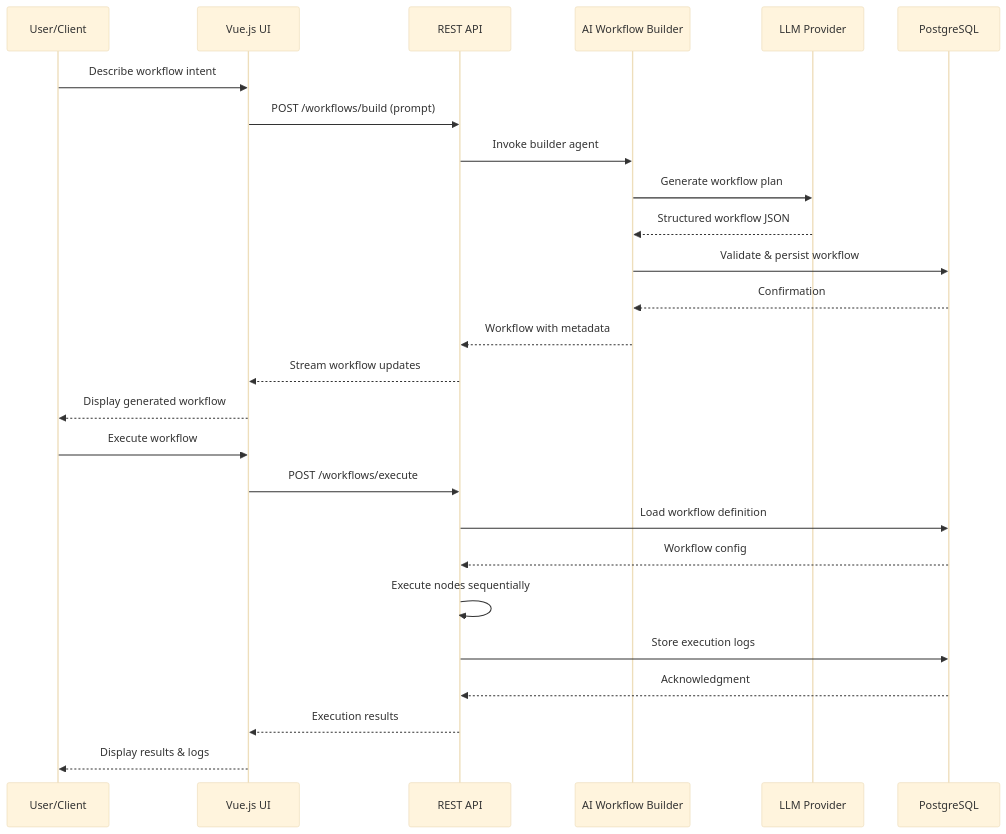
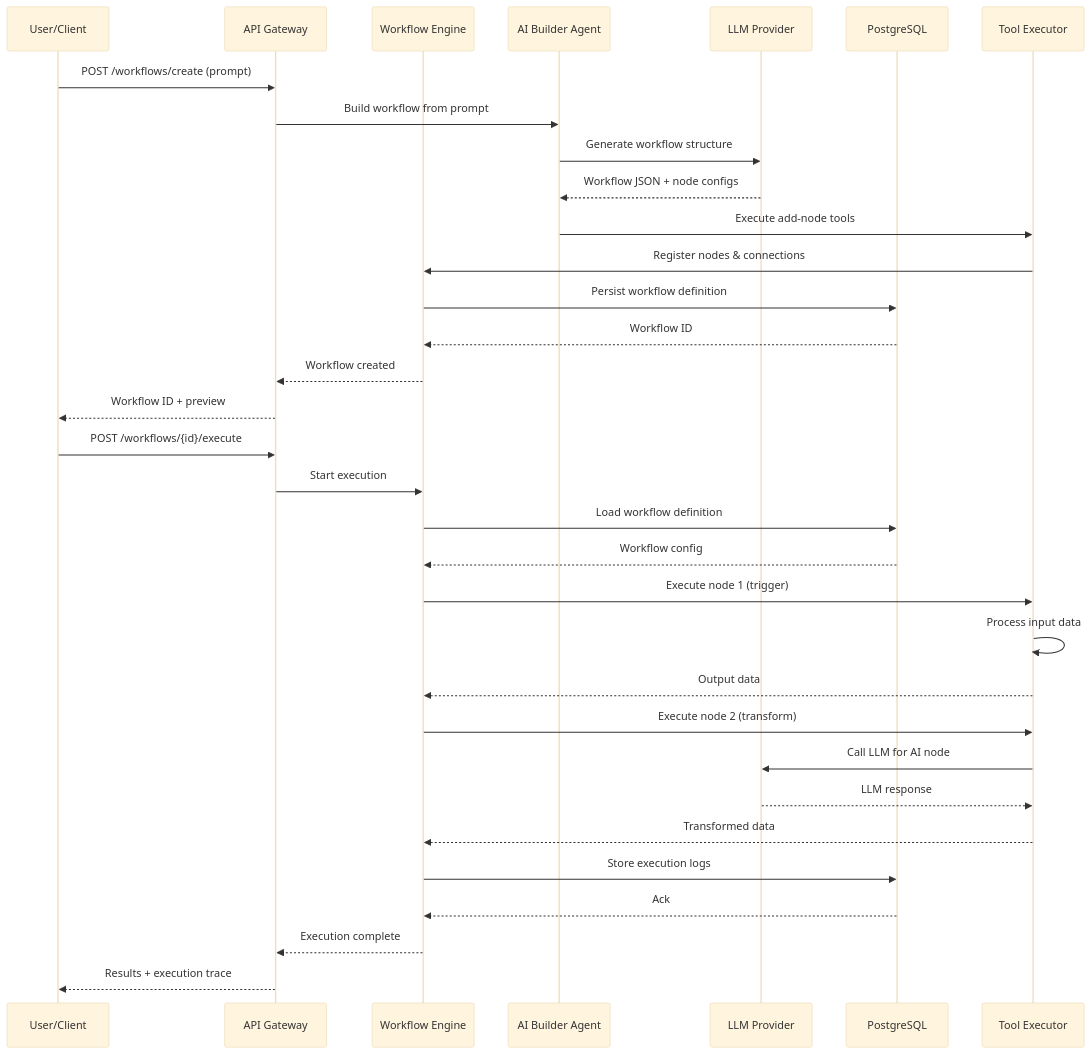
Before and after one commit to suryayalavarthi/n8n: the second of 2 diagrams in README_ARCH.md, drawn with Mermaid (base theme). The commit also changed other lines of this file, not shown here.

````diff
--- a/README_ARCH.md
+++ b/README_ARCH.md
@@ -112,29 +124,37 @@
 ```mermaid
 sequenceDiagram
     participant User as User/Client
-    participant UI as Vue.js UI
-    participant API as REST API
-    participant AIBuilder as AI Workflow Builder
+    participant API as API Gateway
+    participant Engine as Workflow Engine
+    participant AI as AI Builder Agent
     participant LLM as LLM Provider
     participant DB as PostgreSQL
+    participant Tool as Tool Executor
 
-    User->>UI: Describe workflow intent
-    UI->>API: POST /workflows/build (prompt)
-    API->>AIBuilder: Invoke builder agent
-    AIBuilder->>LLM: Generate workflow plan
-    LLM-->>AIBuilder: Structured workflow JSON
-    AIBuilder->>DB: Validate & persist workflow
-    DB-->>AIBuilder: Confirmation
-    AIBuilder-->>API: Workflow with metadata
-    API-->>UI: Stream workflow updates
-    UI-->>User: Display generated workflow
-    User->>UI: Execute workflow
-    UI->>API: POST /workflows/execute
-    API->>DB: Load workflow definition
-    DB-->>API: Workflow config
-    API->>API: Execute nodes sequentially
-    API->>DB: Store execution logs
-    DB-->>API: Acknowledgment
-    API-->>UI: Execution results
-    UI-->>User: Display results & logs
+    User->>API: POST /workflows/create (prompt)
+    API->>AI: Build workflow from prompt
+    AI->>LLM: Generate workflow structure
+    LLM-->>AI: Workflow JSON + node configs
+    AI->>Tool: Execute add-node tools
+    Tool->>Engine: Register nodes & connections
+    Engine->>DB: Persist workflow definition
+    DB-->>Engine: Workflow ID
+    Engine-->>API: Workflow created
+    API-->>User: Workflow ID + preview
+
+    User->>API: POST /workflows/{id}/execute
+    API->>Engine: Start execution
+    Engine->>DB: Load workflow definition
+    DB-->>Engine: Workflow config
+    Engine->>Tool: Execute node 1 (trigger)
+    Tool->>Tool: Process input data
+    Tool-->>Engine: Output data
+    Engine->>Tool: Execute node 2 (transform)
+    Tool->>LLM: Call LLM for AI node
+    LLM-->>Tool: LLM response
+    Tool-->>Engine: Transformed data
+    Engine->>DB: Store execution logs
+    DB-->>Engine: Ack
+    Engine-->>API: Execution complete
+    API-->>User: Results + execution trace
 ```
````
